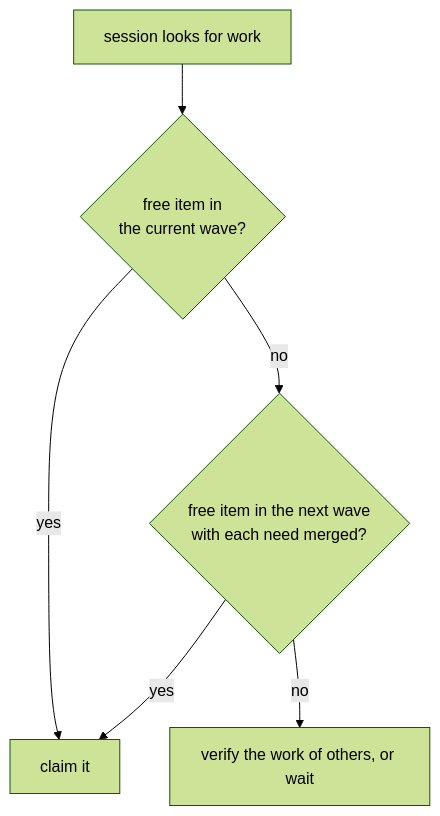
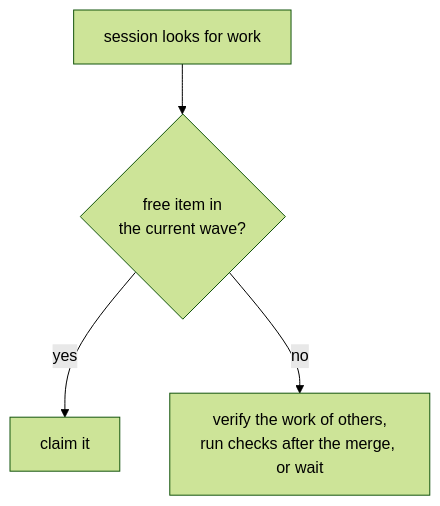
One commit to como-technologies/riff changed the first of 3 diagrams in docs/src/waves.md. Above: the diagram before and after it, drawn with Mermaid (forest theme). The commit also changed other lines of this file and 4 other files, not shown here.

First line of the commit message:
A wave is done when each of its items is closed (R166, R215, R216, R221, R224, #76)

````diff
--- a/docs/src/waves.md
+++ b/docs/src/waves.md
@@ -33,8 +34,6 @@
 ```mermaid
 flowchart TD
     S[session looks for work] --> C{"free item in<br/>the current wave?"}
     C -- yes --> T[claim it]
-    C -- no --> N{"free item in the next wave<br/>with each need merged?"}
-    N -- yes --> T
-    N -- no --> W[verify the work of others, or wait]
+    C -- no --> W["verify the work of others,<br/>run checks after the merge, or wait"]
 ```
````
